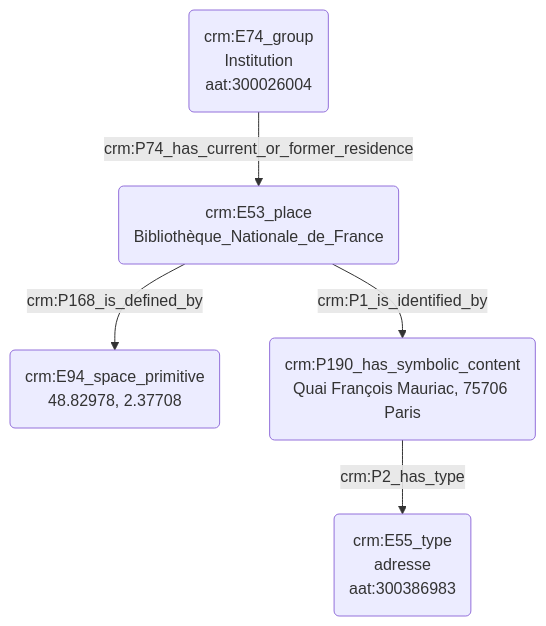
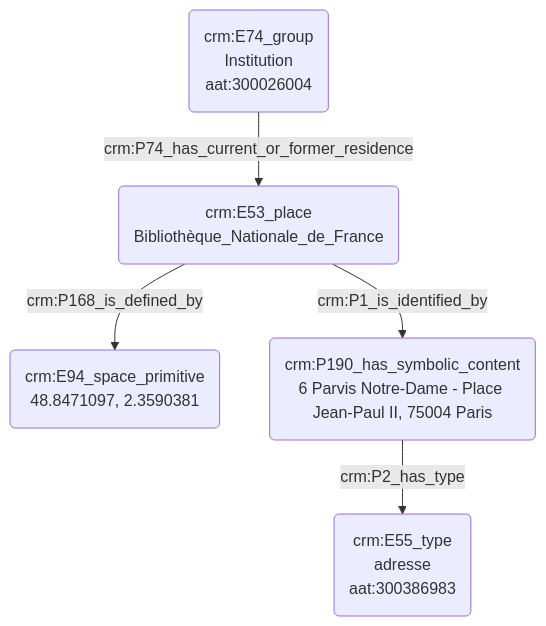
The diagram in modules/livrables/Dossier 2/Indexation conceptuelle/indexation_d_un_lieu.md (Amleth/consortium-musica2-gt2-ontologies), drawn with Mermaid before and after one commit.

````diff
--- a/modules/livrables/Dossier 2/Indexation conceptuelle/indexation_d_un_lieu.md
+++ b/modules/livrables/Dossier 2/Indexation conceptuelle/indexation_d_un_lieu.md
@@ -17,9 +17,9 @@
 ```mermaid
 graph TD;
 
-A(crm:E53_place<br>Bibliothèque_Nationale_de_France) --> |crm:P168_is_defined_by| B(crm:E94_space_primitive<br>48.82978, 2.37708)
+A(crm:E53_place<br>Bibliothèque_Nationale_de_France) --> |crm:P168_is_defined_by| B(crm:E94_space_primitive<br>48.8471097, 2.3590381)
 C(crm:E74_group<br>Institution<br>aat:300026004) --> |crm:P74_has_current_or_former_residence| A(crm:E53_place<br>Bibliothèque_Nationale_de_France)
-A(crm:E53_place<br>Bibliothèque_Nationale_de_France) --> |crm:P1_is_identified_by| D(crm:P190_has_symbolic_content<br>Quai François Mauriac, 75706 Paris)
-D(crm:P190_has_symbolic_content<br>Quai François Mauriac, 75706 Paris) --> |crm:P2_has_type| E(crm:E55_type<br>adresse<br>aat:300386983) 
+A(crm:E53_place<br>Bibliothèque_Nationale_de_France) --> |crm:P1_is_identified_by| D(crm:P190_has_symbolic_content<br>6 Parvis Notre-Dame - Place Jean-Paul II, 75004 Paris)
+D(crm:P190_has_symbolic_content<br>6 Parvis Notre-Dame - Place Jean-Paul II, 75004 Paris) --> |crm:P2_has_type| E(crm:E55_type<br>adresse<br>aat:300386983) 
 
 ```
````
